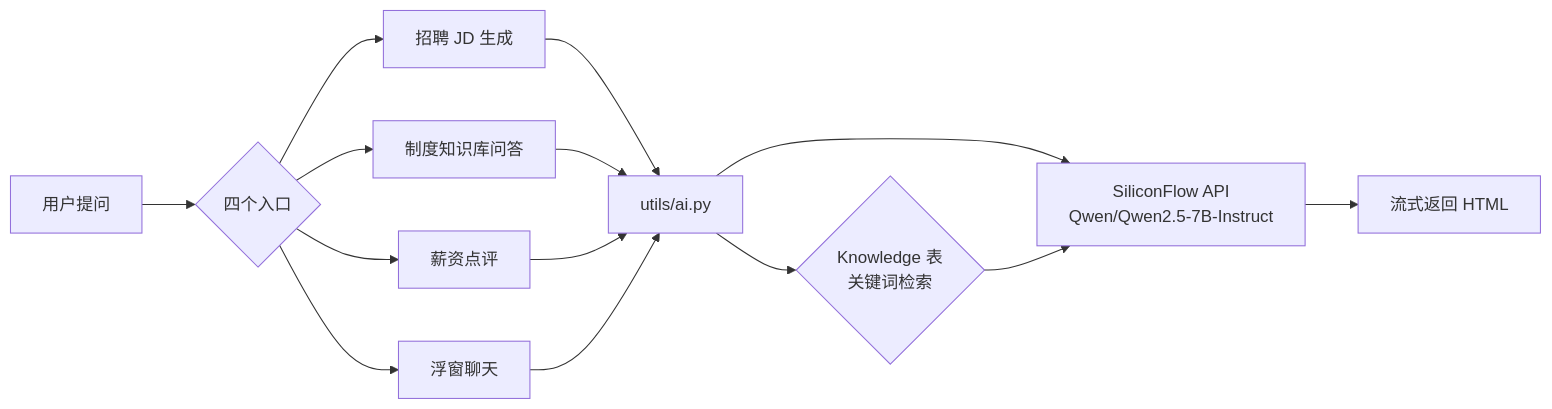
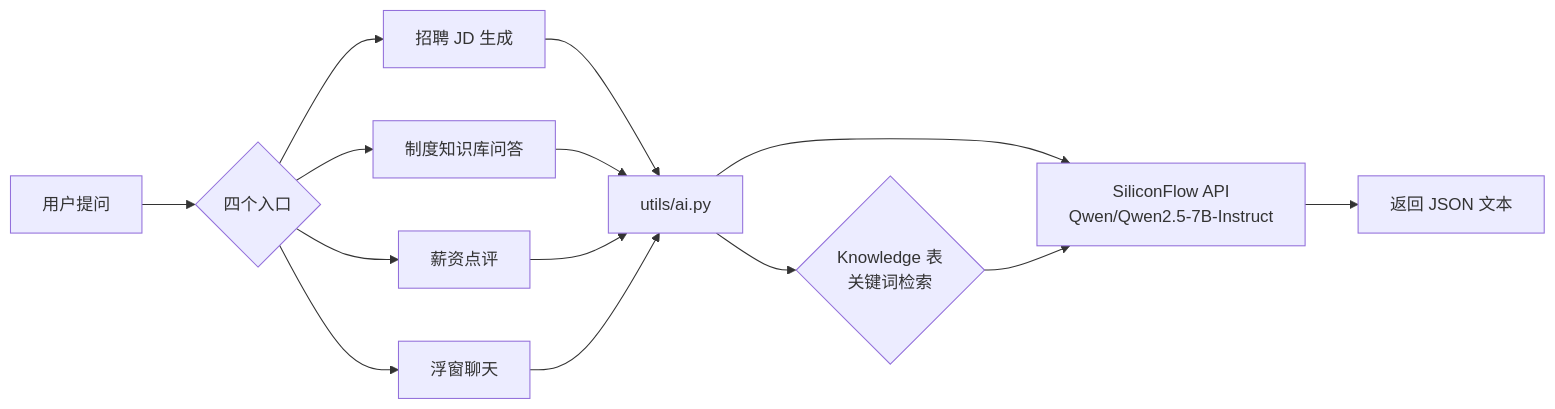
The fourth of 4 diagrams in PROJECT.md (FSJ796/3th-fsj), drawn with Mermaid before and after one commit. The commit also changed other lines of this file and 1 other file, not shown here.

````diff
--- a/PROJECT.md
+++ b/PROJECT.md
@@ -284,13 +328,13 @@
 ```mermaid
 flowchart LR
     A[用户提问] --> B{四个入口}
     B --> C[招聘 JD 生成]
     B --> D[制度知识库问答]
     B --> E[薪资点评]
     B --> F[浮窗聊天]
     C & D & E & F --> G[utils/ai.py]
     G --> H{Knowledge 表\n关键词检索}
     G --> I[SiliconFlow API\nQwen/Qwen2.5-7B-Instruct]
     H --> I
-    I --> J[流式返回 HTML]
+    I --> J[返回 JSON 文本]
 ```
````
